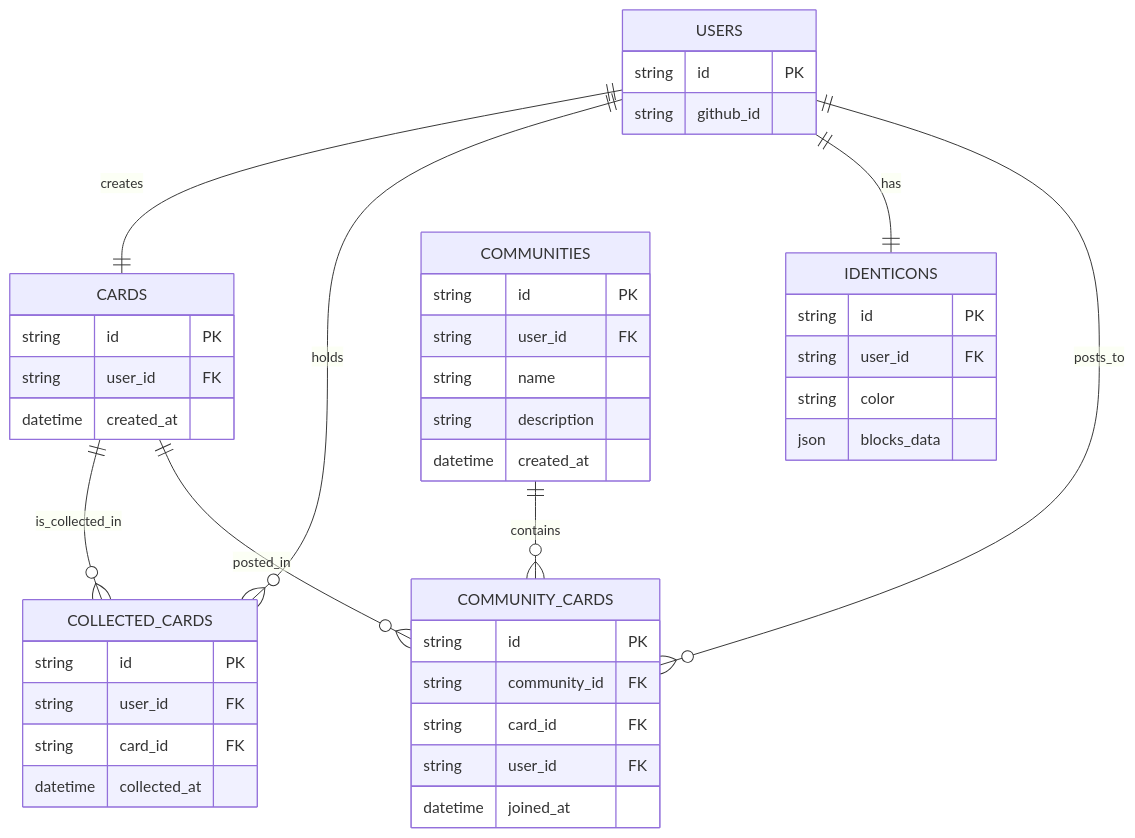
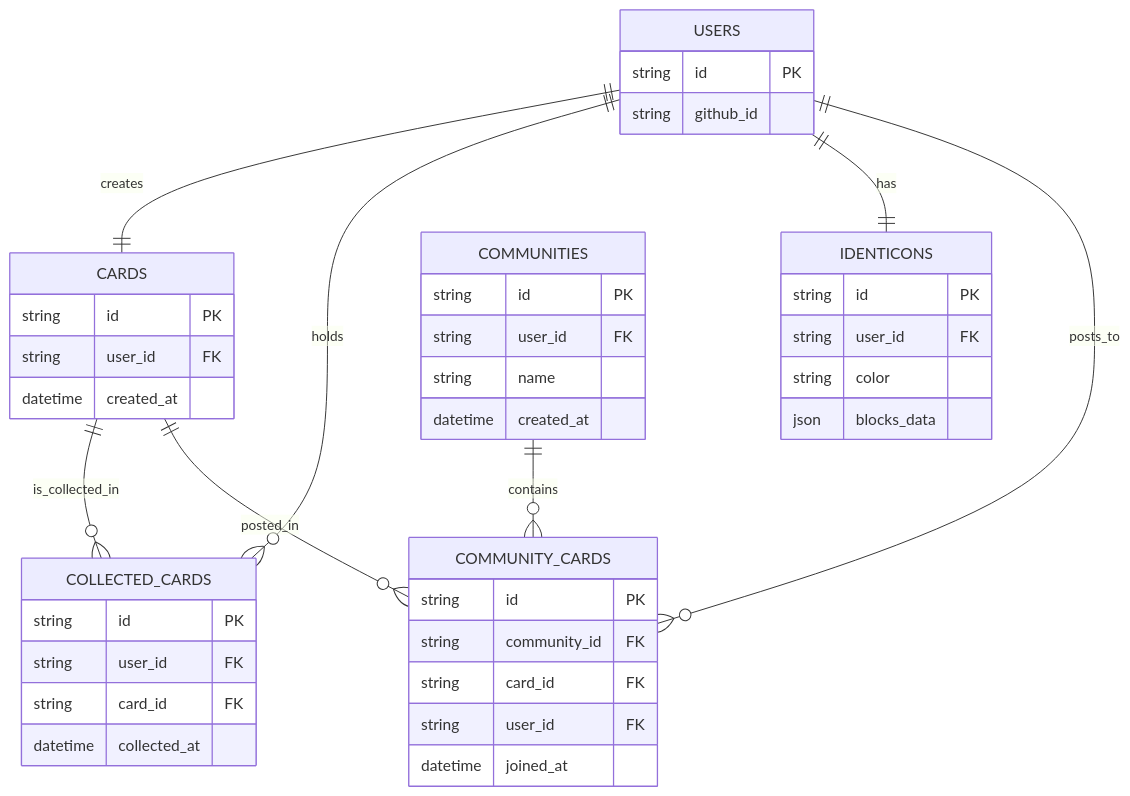
The diagram in docs/er.md (furarico/octo-deck-api), drawn with Mermaid before and after one commit.

Commit message:
remove description

````diff
--- a/docs/er.md
+++ b/docs/er.md
@@ -3,51 +3,50 @@
 ```mermaid
 erDiagram
     USERS {
         string id PK
         string github_id
     }
 
     CARDS {
         string id PK
         string user_id FK
         datetime created_at
     }
 
     COLLECTED_CARDS {
         string id PK
         string user_id FK
         string card_id FK
         datetime collected_at
     }
 
     IDENTICONS {
         string id PK
         string user_id FK
         string color
         json blocks_data
     }
 
     COMMUNITIES {
         string id PK
         string user_id FK
         string name
-        string description
         datetime created_at
     }
 
     COMMUNITY_CARDS {
     string id PK
     string community_id FK
     string card_id FK
     string user_id FK
     datetime joined_at
 }
 
     USERS ||--|| CARDS : creates
     USERS ||--o{ COLLECTED_CARDS : holds
     CARDS ||--o{ COLLECTED_CARDS : is_collected_in
     USERS ||--|| IDENTICONS : has
     USERS ||--o{ COMMUNITY_CARDS : posts_to
     COMMUNITIES ||--o{ COMMUNITY_CARDS : contains
     CARDS ||--o{ COMMUNITY_CARDS : posted_in
 ```
````
